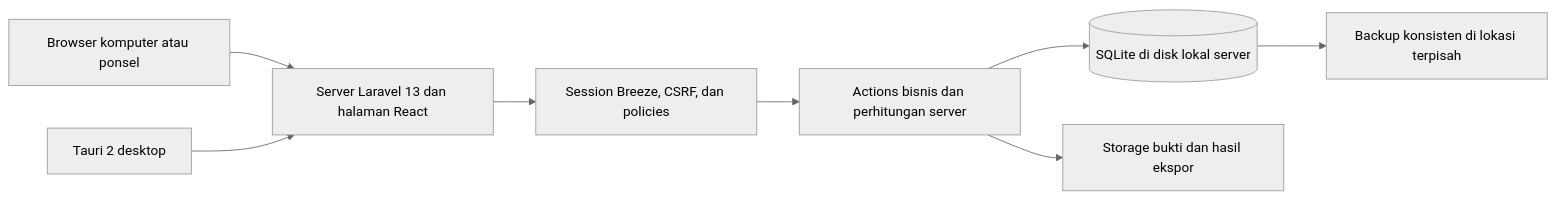
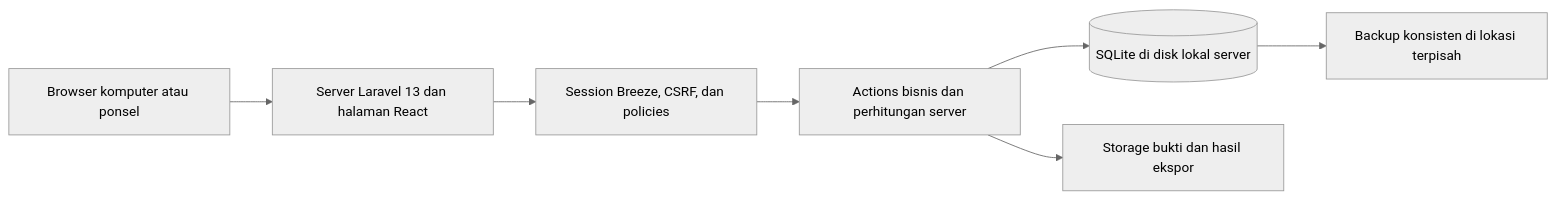
Before and after one commit to syHasyimm/CLBK: the fifth of 6 diagrams in prd.md, drawn with Mermaid (neutral theme). The commit also changed other lines of this file and 464 other files, not shown here.

````diff
--- a/prd.md
+++ b/prd.md
@@ -567,10 +586,9 @@
 ```mermaid
 flowchart LR
     Web[Browser komputer atau ponsel] --> App[Server Laravel 13 dan halaman React]
-    Desktop[Tauri 2 desktop] --> App
     App --> Auth[Session Breeze, CSRF, dan policies]
     Auth --> Actions[Actions bisnis dan perhitungan server]
     Actions --> DB[(SQLite di disk lokal server)]
     Actions --> Files[Storage bukti dan hasil ekspor]
     DB --> Backup[Backup konsisten di lokasi terpisah]
 ```
````
